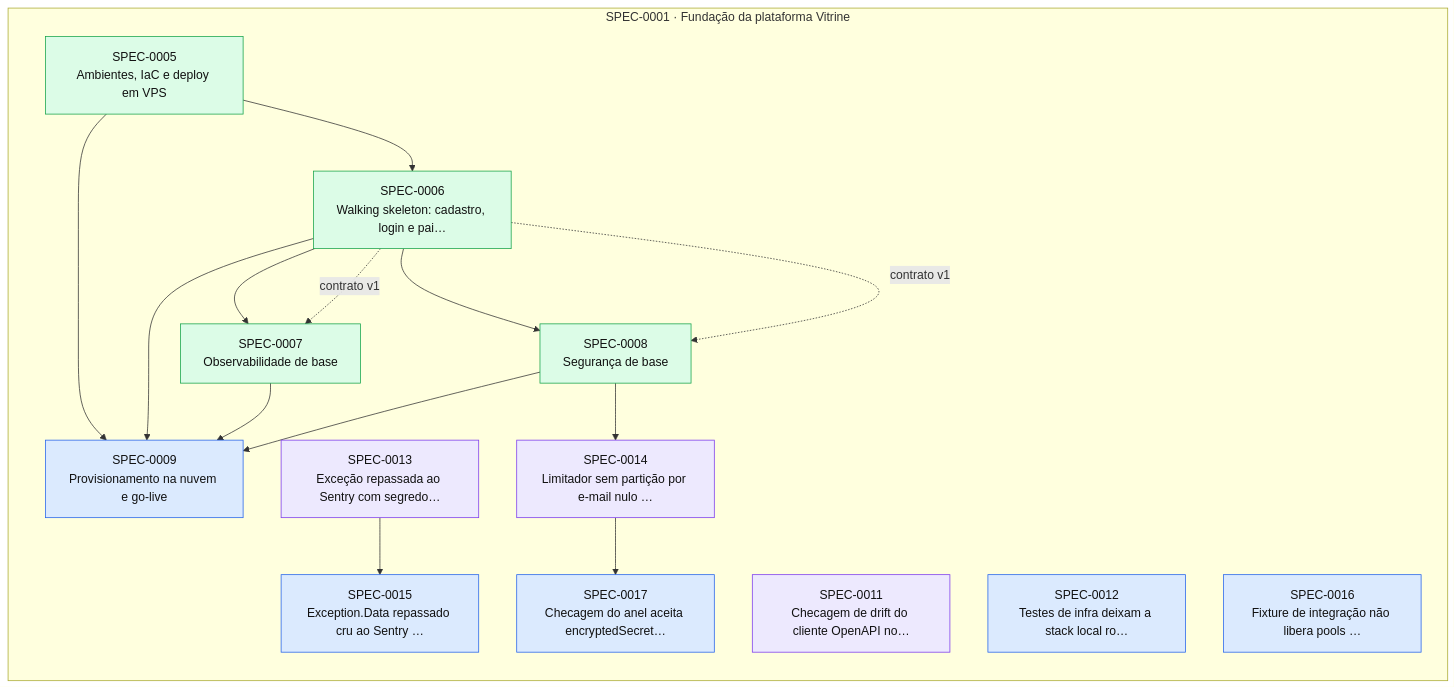
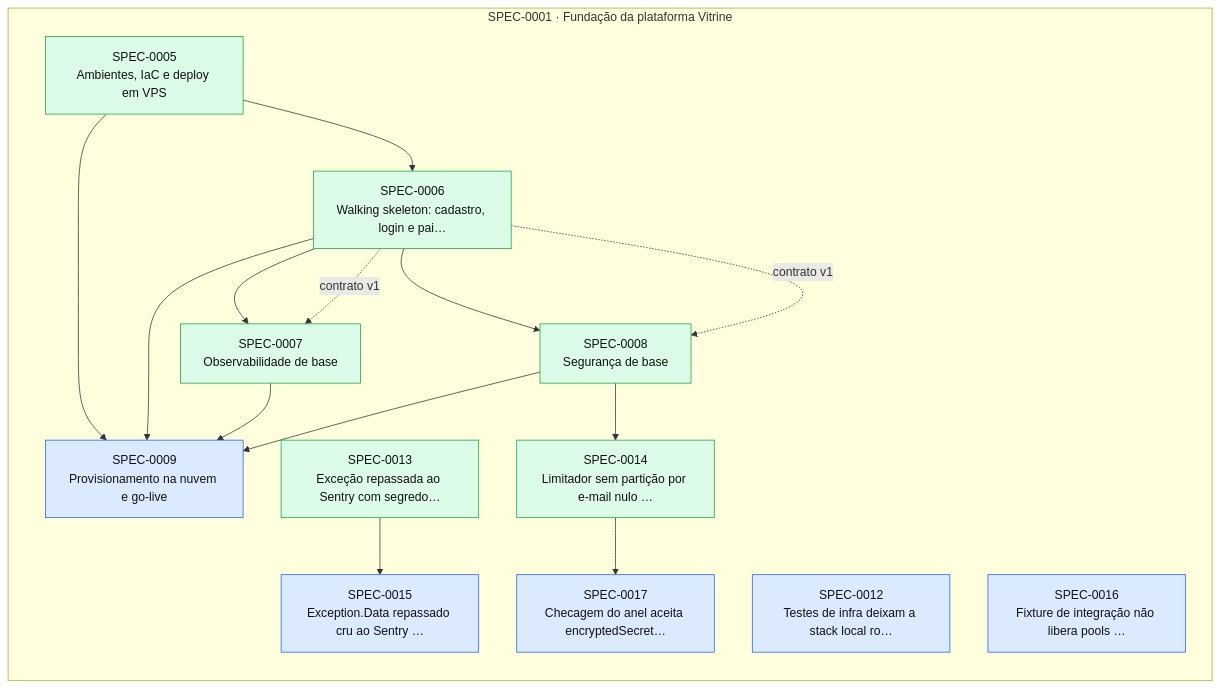
Before and after one commit to thomasravache/vitrine: the diagram in docs/specs/INDEX.md, drawn with Mermaid. The commit also changed other lines of this file and 8 other files, not shown here.

````diff
--- a/docs/specs/INDEX.md
+++ b/docs/specs/INDEX.md
@@ -63,34 +60,33 @@
 ```mermaid
 flowchart LR
   subgraph E0001["SPEC-0001 · Fundação da plataforma Vitrine"]
     S0005["SPEC-0005<br/>Ambientes, IaC e deploy em VPS"]:::implemented
     S0006["SPEC-0006<br/>Walking skeleton: cadastro, login e pai…"]:::implemented
     S0007["SPEC-0007<br/>Observabilidade de base"]:::implemented
     S0008["SPEC-0008<br/>Segurança de base"]:::implemented
     S0009["SPEC-0009<br/>Provisionamento na nuvem e go-live"]:::approved
-    S0011["SPEC-0011<br/>Checagem de drift do cliente OpenAPI no…"]:::inprogress
     S0012["SPEC-0012<br/>Testes de infra deixam a stack local ro…"]:::approved
-    S0013["SPEC-0013<br/>Exceção repassada ao Sentry com segredo…"]:::inprogress
-    S0014["SPEC-0014<br/>Limitador sem partição por e-mail nulo …"]:::inprogress
+    S0013["SPEC-0013<br/>Exceção repassada ao Sentry com segredo…"]:::implemented
+    S0014["SPEC-0014<br/>Limitador sem partição por e-mail nulo …"]:::implemented
     S0015["SPEC-0015<br/>Exception.Data repassado cru ao Sentry …"]:::approved
     S0016["SPEC-0016<br/>Fixture de integração não libera pools …"]:::approved
     S0017["SPEC-0017<br/>Checagem do anel aceita encryptedSecret…"]:::approved
   end
   S0005 --> S0006
   S0006 --> S0007
   S0006 -. contrato v1 .-> S0007
   S0006 --> S0008
   S0006 -. contrato v1 .-> S0008
   S0005 --> S0009
   S0006 --> S0009
   S0007 --> S0009
   S0008 --> S0009
   S0008 --> S0014
   S0013 --> S0015
   S0014 --> S0017
   classDef proposed fill:#fef3c7,stroke:#d97706,color:#111
   classDef approved fill:#dbeafe,stroke:#2563eb,color:#111
   classDef inprogress fill:#ede9fe,stroke:#7c3aed,color:#111
   classDef implemented fill:#dcfce7,stroke:#16a34a,color:#111
   classDef deprecated fill:#f3f4f6,stroke:#9ca3af,color:#6b7280
 ```
````
